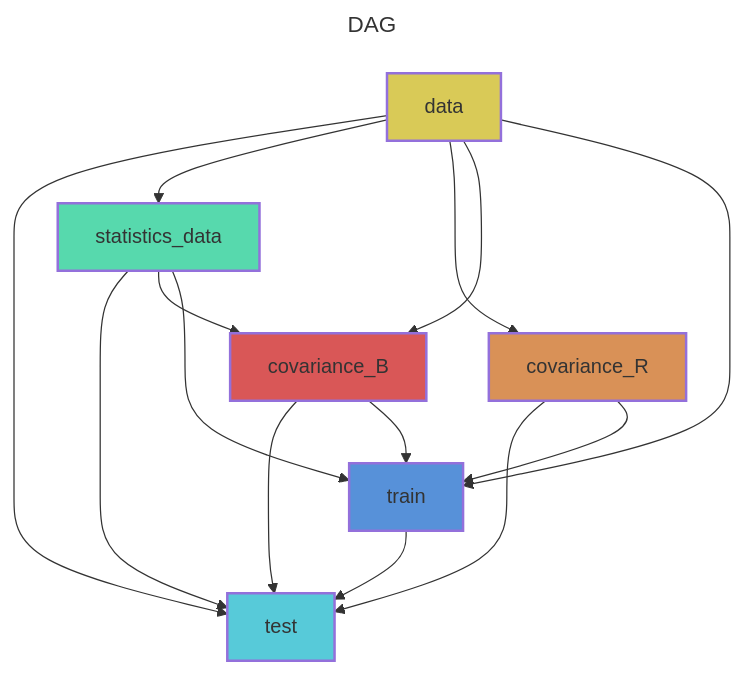
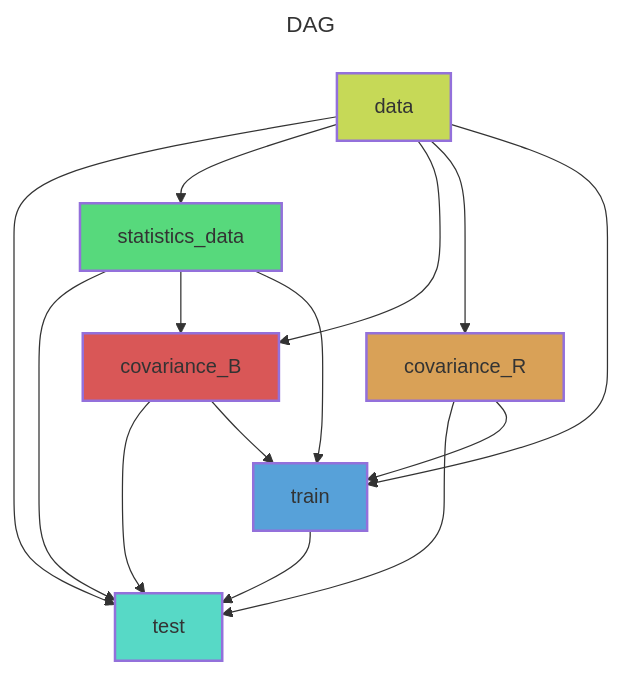
One commit to tremblaybenoit/RACCOONN changed the diagram in inverse/train.mmd. Above: the diagram before and after it, drawn with Mermaid. The commit also changed 8 other files, not shown here.

```diff
--- a/inverse/train.mmd
+++ b/inverse/train.mmd
@@ -1,29 +1,29 @@
 ---
 title: DAG
 ---
 flowchart TB
 	id0[test]
 	id1[data]
 	id2[statistics_data]
-	id3[covariance_R]
-	id4[covariance_B]
+	id3[covariance_B]
+	id4[covariance_R]
 	id5[train]
-	style id0 fill:#57CAD9,stroke-width:2px,color:#333333
-	style id1 fill:#D9CA57,stroke-width:2px,color:#333333
-	style id2 fill:#57D9AD,stroke-width:2px,color:#333333
-	style id3 fill:#D99157,stroke-width:2px,color:#333333
-	style id4 fill:#D95757,stroke-width:2px,color:#333333
-	style id5 fill:#5791D9,stroke-width:2px,color:#333333
+	style id0 fill:#57D9C6,stroke-width:2px,color:#333333
+	style id1 fill:#C6D957,stroke-width:2px,color:#333333
+	style id2 fill:#57D97C,stroke-width:2px,color:#333333
+	style id3 fill:#D95757,stroke-width:2px,color:#333333
+	style id4 fill:#D9A157,stroke-width:2px,color:#333333
+	style id5 fill:#57A1D9,stroke-width:2px,color:#333333
 	id5 --> id0
+	id4 --> id0
+	id2 --> id0
 	id3 --> id0
 	id1 --> id0
-	id2 --> id0
-	id4 --> id0
 	id1 --> id2
 	id1 --> id3
+	id2 --> id3
 	id1 --> id4
-	id2 --> id4
 	id1 --> id5
-	id2 --> id5
 	id3 --> id5
 	id4 --> id5
+	id2 --> id5
```
